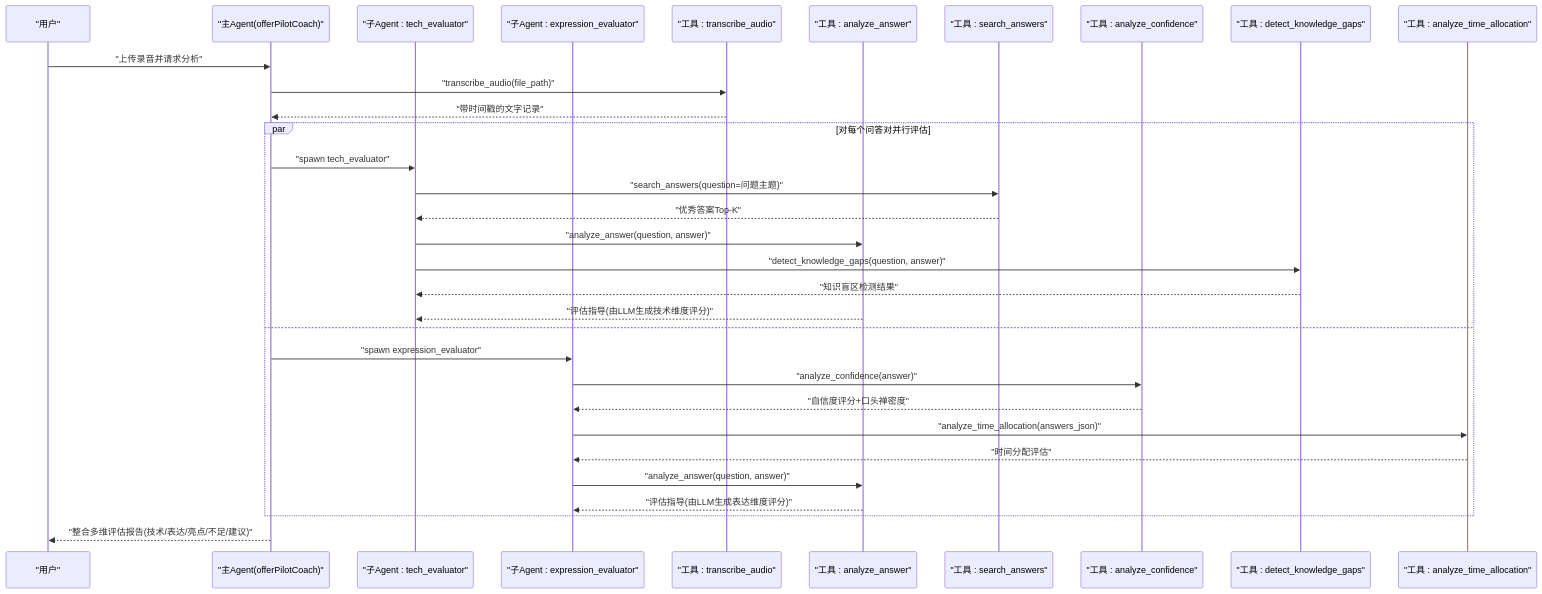
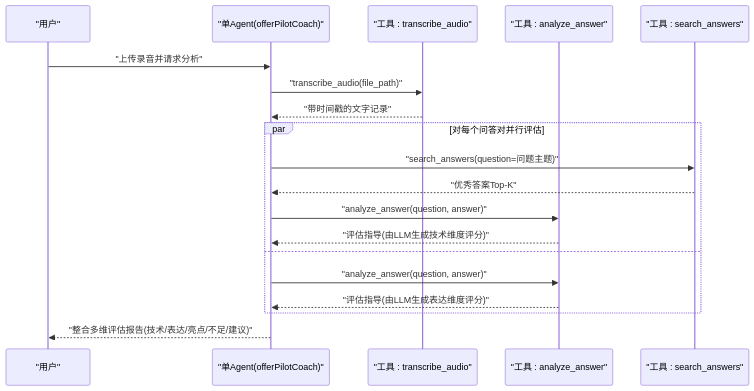
Before and after one commit to Miss-zhi/OfferPilot: the third of 5 diagrams in .qoder/repowiki/zh/content/六大核心求职环节 Agent 交互时序.md, drawn with Mermaid. The commit also changed other lines of this file and 25 other files, not shown here.

````diff
--- a/.qoder/repowiki/zh/content/六大核心求职环节 Agent 交互时序.md
+++ b/.qoder/repowiki/zh/content/六大核心求职环节 Agent 交互时序.md
@@ -152,34 +107,21 @@
 ```mermaid
 sequenceDiagram
 participant U as "用户"
-participant C as "主Agent(offerPilotCoach)"
-participant TE as "子Agent : tech_evaluator"
-participant EE as "子Agent : expression_evaluator"
+participant A as "单Agent(offerPilotCoach)"
 participant TR as "工具 : transcribe_audio"
 participant QA as "工具 : analyze_answer"
 participant AS as "工具 : search_answers"
-participant CC as "工具 : analyze_confidence"
-participant KG as "工具 : detect_knowledge_gaps"
-participant TA as "工具 : analyze_time_allocation"
-U->>C : "上传录音并请求分析"
-C->>TR : "transcribe_audio(file_path)"
-TR-->>C : "带时间戳的文字记录"
+U->>A : "上传录音并请求分析"
+A->>TR : "transcribe_audio(file_path)"
+TR-->>A : "带时间戳的文字记录"
 par 对每个问答对并行评估
-C->>TE : "spawn tech_evaluator"
-TE->>AS : "search_answers(question=问题主题)"
-AS-->>TE : "优秀答案Top-K"
-TE->>QA : "analyze_answer(question, answer)"
-TE->>KG : "detect_knowledge_gaps(question, answer)"
-KG-->>TE : "知识盲区检测结果"
-QA-->>TE : "评估指导(由LLM生成技术维度评分)"
+A->>AS : "search_answers(question=问题主题)"
+AS-->>A : "优秀答案Top-K"
+A->>QA : "analyze_answer(question, answer)"
+QA-->>A : "评估指导(由LLM生成技术维度评分)"
 and
-C->>EE : "spawn expression_evaluator"
-EE->>CC : "analyze_confidence(answer)"
-CC-->>EE : "自信度评分+口头禅密度"
-EE->>TA : "analyze_time_allocation(answers_json)"
-TA-->>EE : "时间分配评估"
-EE->>QA : "analyze_answer(question, answer)"
-QA-->>EE : "评估指导(由LLM生成表达维度评分)"
+A->>QA : "analyze_answer(question, answer)"
+QA-->>A : "评估指导(由LLM生成表达维度评分)"
 end
-C-->>U : "整合多维评估报告(技术/表达/亮点/不足/建议)"
+A-->>U : "整合多维评估报告(技术/表达/亮点/不足/建议)"
 ```
````
